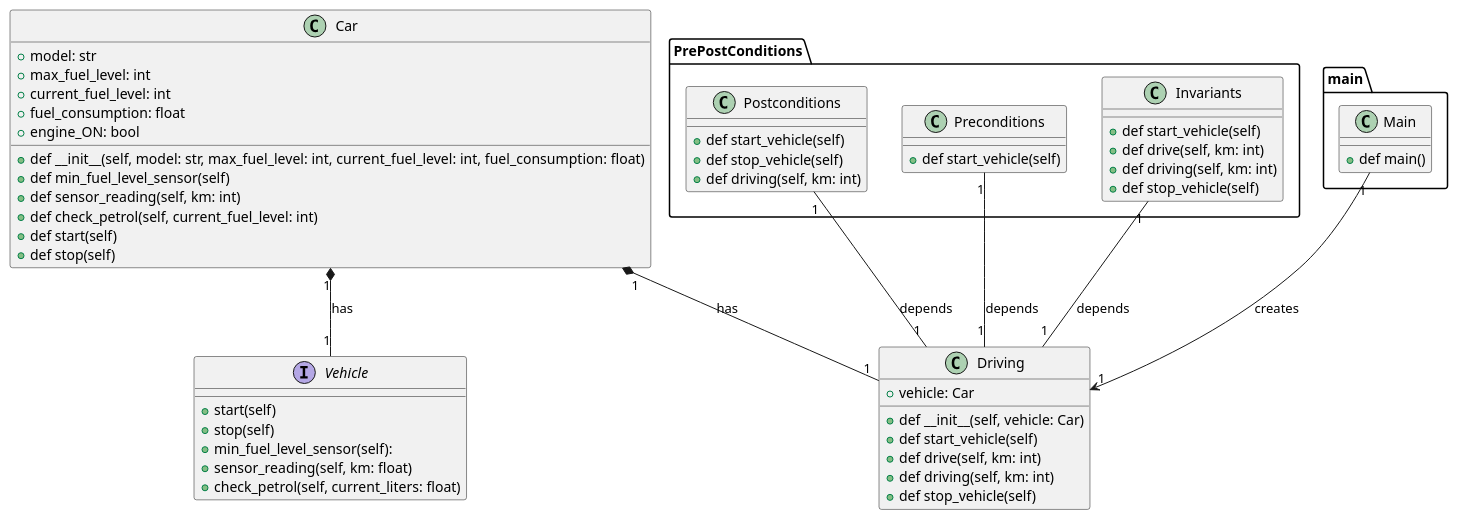
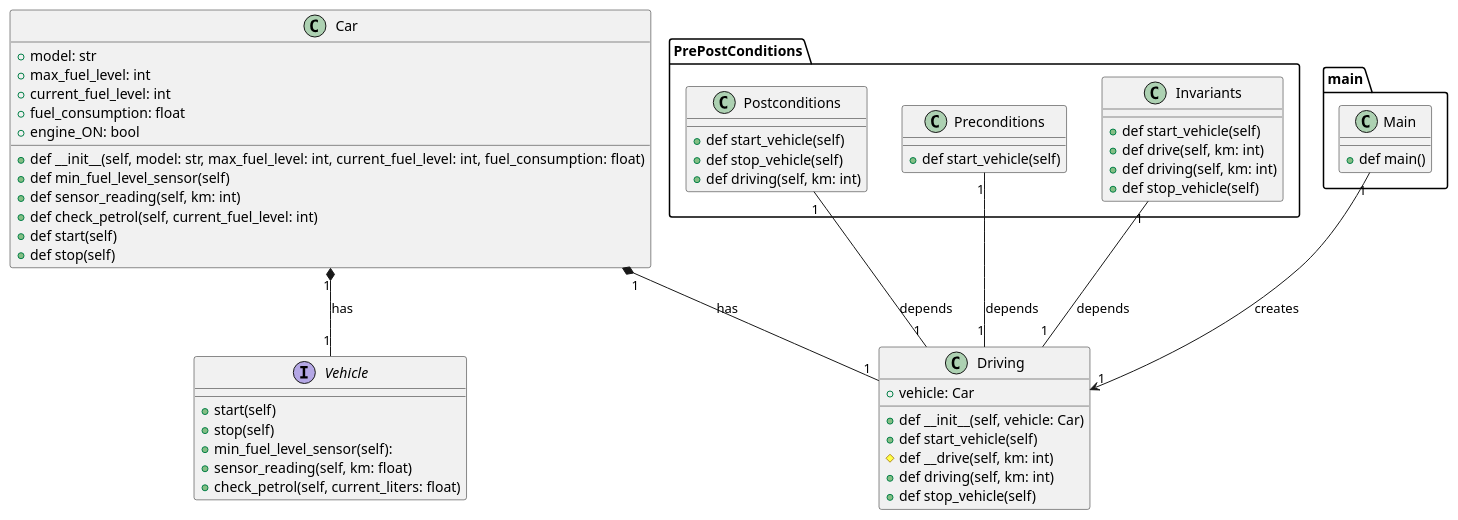
One commit to EnvyG29/SoftwareArchitecture changed the diagram in dz4_contracts/files/contracts.puml. Above: the diagram before and after it, drawn with PlantUML.

Commit message:
dz4_contracts_1.3.2

```diff
--- a/dz4_contracts/files/contracts.puml
+++ b/dz4_contracts/files/contracts.puml
@@ -1,70 +1,70 @@
 @startuml
 
 class Car {
     + model: str
     + max_fuel_level: int
     + current_fuel_level: int
     + fuel_consumption: float
     + engine_ON: bool
     + def __init__(self, model: str, max_fuel_level: int, current_fuel_level: int, fuel_consumption: float)
     + def min_fuel_level_sensor(self)
     + def sensor_reading(self, km: int)
     + def check_petrol(self, current_fuel_level: int)
     + def start(self)
     + def stop(self)
 }
 
 class Driving {
     + vehicle: Car
     + def __init__(self, vehicle: Car)
     + def start_vehicle(self)
-    + def drive(self, km: int)
+    # def __drive(self, km: int)
     + def driving(self, km: int)
     + def stop_vehicle(self)
 }
 
 Car "1" *-- "1" Driving : has
 
 interface Vehicle{
     + start(self)
     + stop(self)
     + min_fuel_level_sensor(self):
     + sensor_reading(self, km: float)
     + check_petrol(self, current_liters: float)
 }
 
 Car "1" *-- "1" Vehicle : has
 
 namespace main {
     class Main {
         + def main()
     }
 }
 
 Main "1" --> "1" Driving : creates
 
 namespace PrePostConditions {
 
     class Preconditions {
         + def start_vehicle(self)
     }
 
     class Postconditions {
         + def start_vehicle(self)
         + def stop_vehicle(self)
         + def driving(self, km: int)
     }
 
     class Invariants {
         + def start_vehicle(self)
         + def drive(self, km: int)
         + def driving(self, km: int)
         + def stop_vehicle(self)
     }
 
     Preconditions "1" -- "1" Driving : depends
     Driving "1" -- "1" Postconditions : depends
     Invariants "1" -- "1" Driving : depends
 }
 
 @enduml
```
